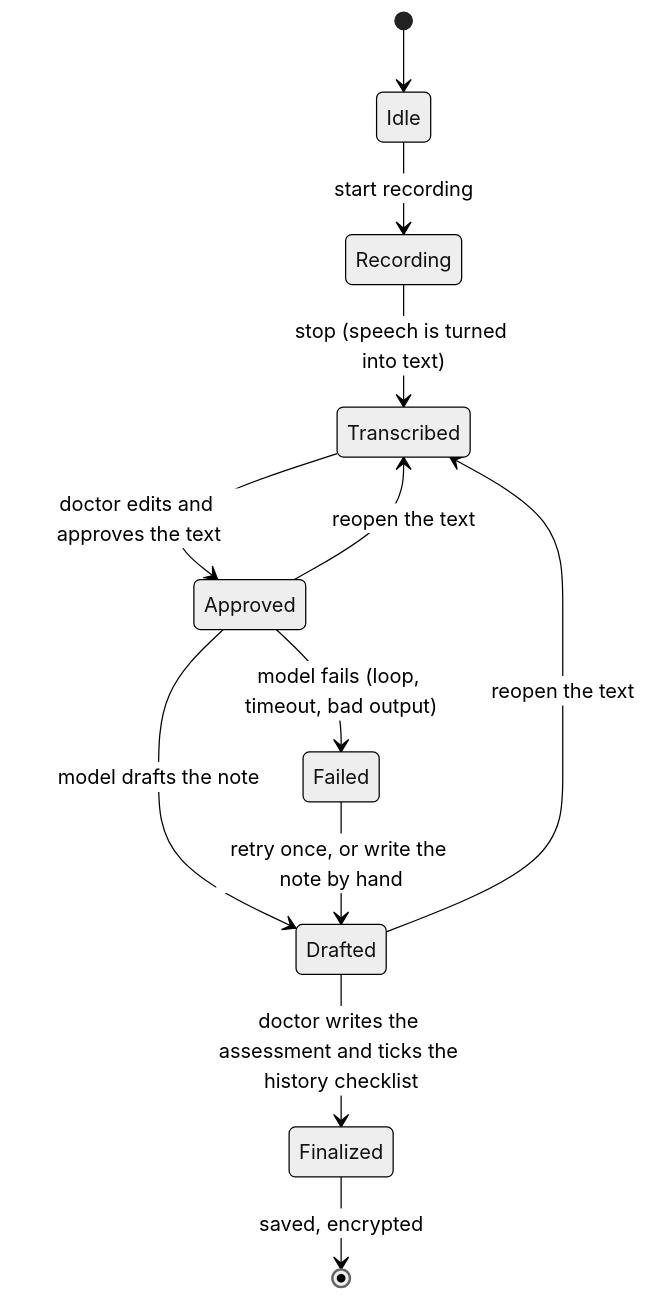
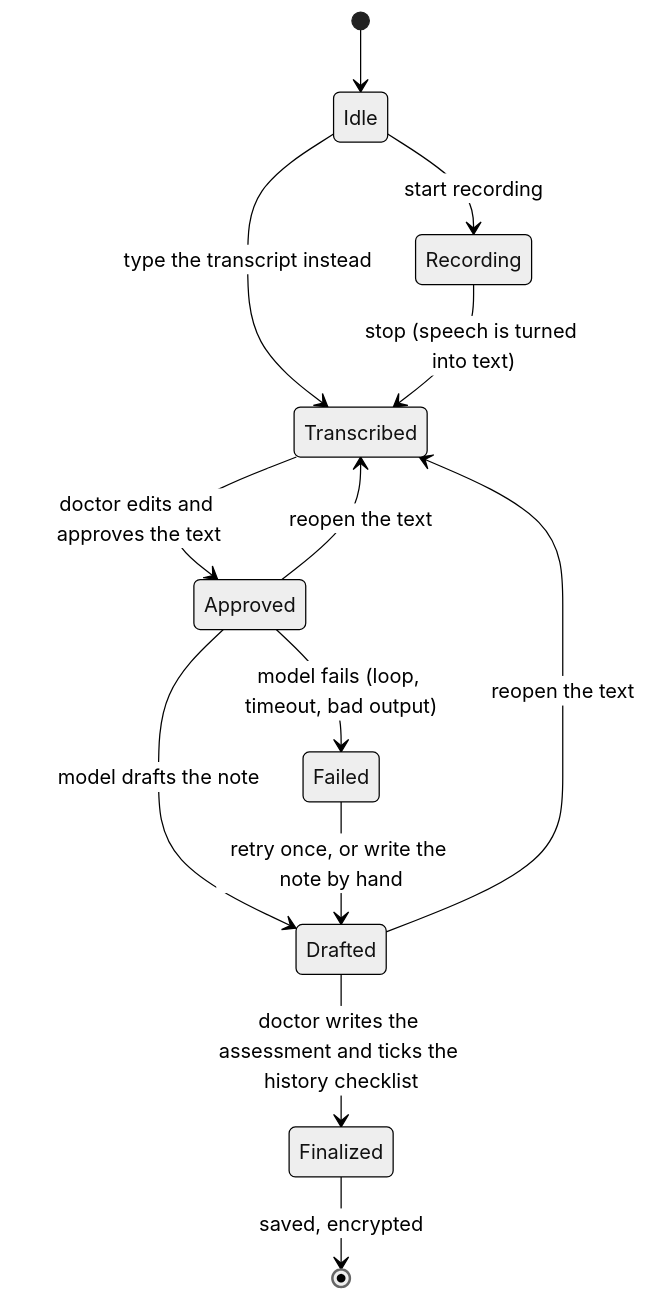
The first of 2 diagrams in README.md (kinuthia-mark/Offline-Desktop-Based-Medical-Professional-Clinical-Consultation-Assistant-), drawn with Mermaid (neutral theme) before and after one commit. The commit also changed other lines of this file and 3 other files, not shown here.

````diff
--- a/README.md
+++ b/README.md
@@ -75,14 +75,15 @@
 ```mermaid
 stateDiagram-v2
     [*] --> Idle
     Idle --> Recording: start recording
+    Idle --> Transcribed: type the transcript instead
     Recording --> Transcribed: stop (speech is turned into text)
     Transcribed --> Approved: doctor edits and approves the text
     Approved --> Drafted: model drafts the note
     Approved --> Failed: model fails (loop, timeout, bad output)
     Failed --> Drafted: retry once, or write the note by hand
     Drafted --> Finalized: doctor writes the assessment and ticks the history checklist
     Approved --> Transcribed: reopen the text
     Drafted --> Transcribed: reopen the text
     Finalized --> [*]: saved, encrypted
 ```
````
